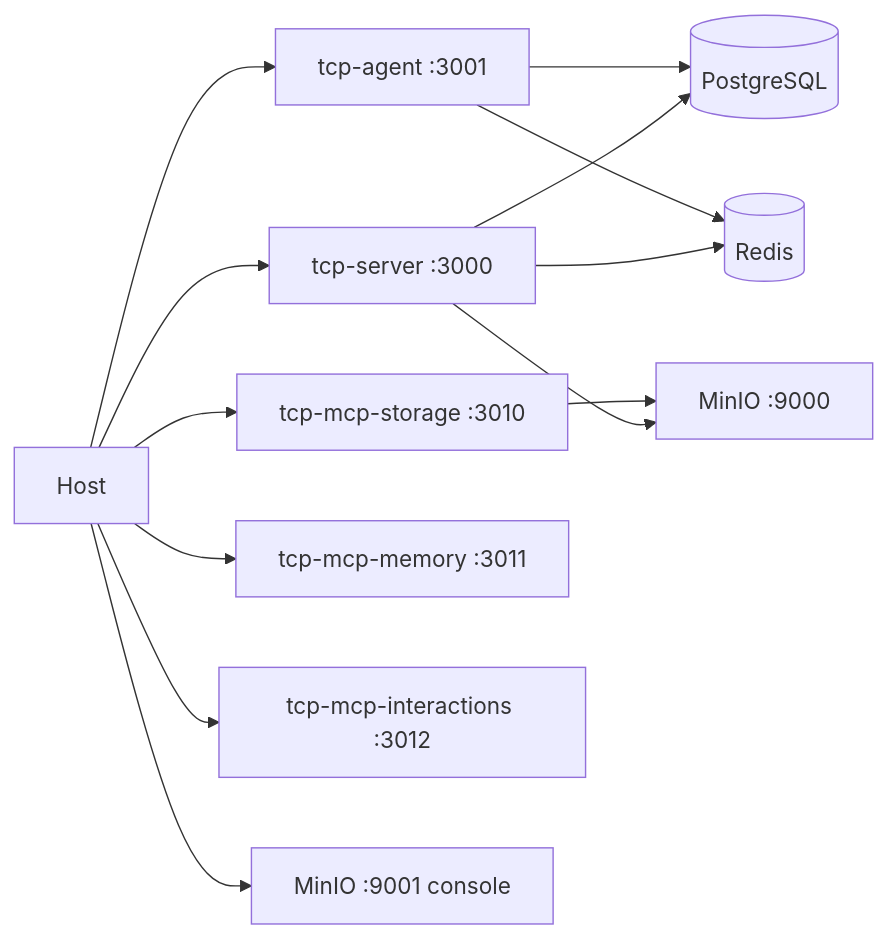
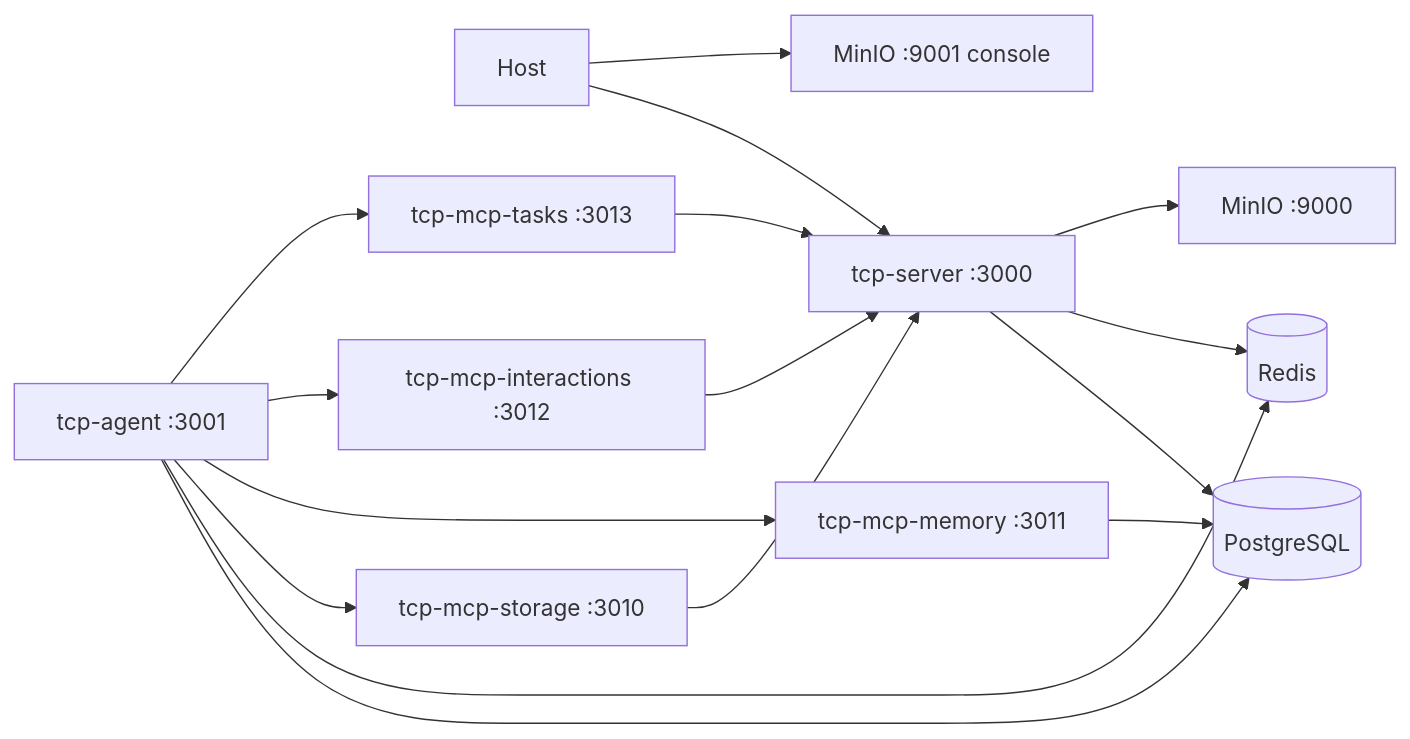
The diagram in docs/manual-testing/01-infrastructure.md (instantiator/tcp-server), drawn with Mermaid before and after one commit. The commit also changed other lines of this file and 38 other files, not shown here.

````diff
--- a/docs/manual-testing/01-infrastructure.md
+++ b/docs/manual-testing/01-infrastructure.md
@@ -7,15 +7,19 @@
 ```mermaid
 graph LR
     H[Host] --> S[tcp-server :3000]
-    H --> A[tcp-agent :3001]
-    H --> MS[tcp-mcp-storage :3010]
-    H --> MM[tcp-mcp-memory :3011]
-    H --> MI[tcp-mcp-interactions :3012]
     H --> MIO[MinIO :9001 console]
+    A[tcp-agent :3001]
     S --> PG[(PostgreSQL)]
     S --> RD[(Redis)]
     S --> MIO2[MinIO :9000]
     A --> PG
     A --> RD
-    MS --> MIO2
+    A --> MS[tcp-mcp-storage :3010]
+    A --> MM[tcp-mcp-memory :3011]
+    A --> MI[tcp-mcp-interactions :3012]
+    A --> MT[tcp-mcp-tasks :3013]
+    MS --> S
+    MI --> S
+    MT --> S
+    MM --> PG
 ```
````
